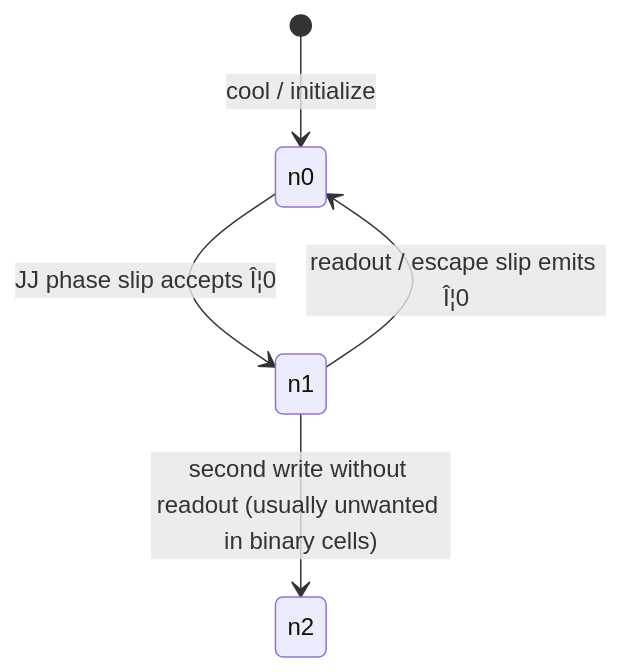
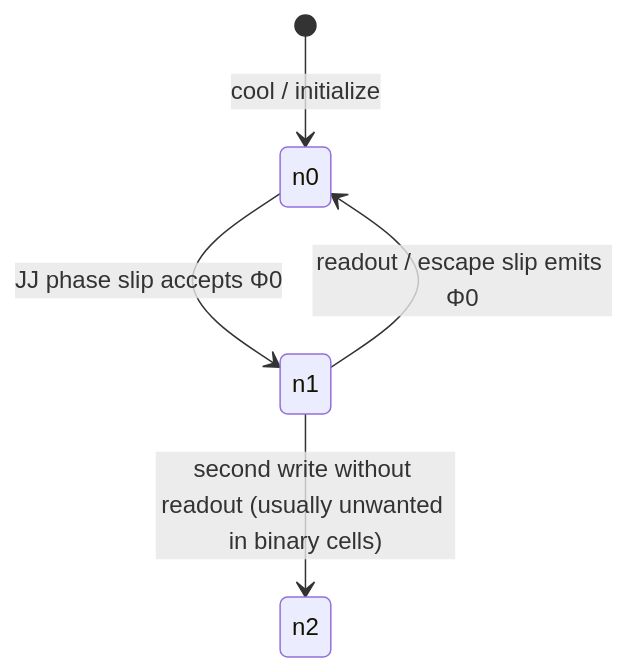
Before and after one commit to Single-Flux-Quantum/sfq-learn-public: the second of 2 diagrams in docs/fundamentals/flux-quantization.md, drawn with Mermaid. The commit also changed other lines of this file and 39 other files, not shown here.

````diff
--- a/docs/fundamentals/flux-quantization.md
+++ b/docs/fundamentals/flux-quantization.md
@@ -214,7 +214,7 @@
 ```mermaid
 stateDiagram-v2
   [*] --> n0: cool / initialize
-  n0 --> n1: JJ phase slip accepts Î¦0
-  n1 --> n0: readout / escape slip emits Î¦0
+  n0 --> n1: JJ phase slip accepts Φ0
+  n1 --> n0: readout / escape slip emits Φ0
   n1 --> n2: second write without readout (usually unwanted in binary cells)
 ```
````
